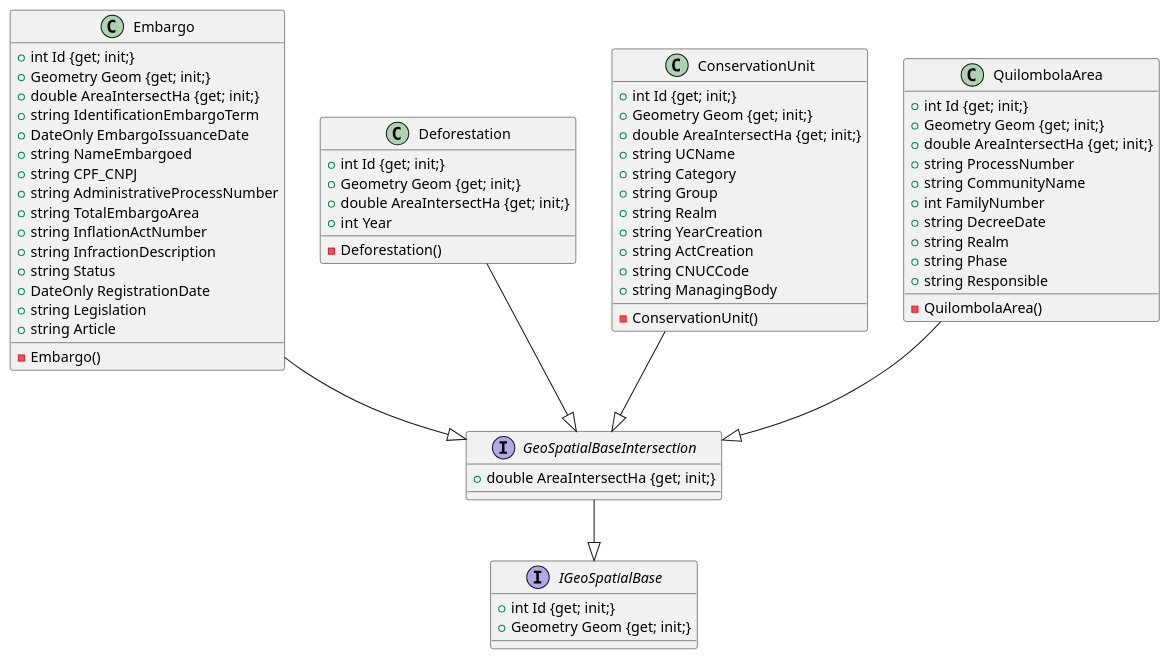
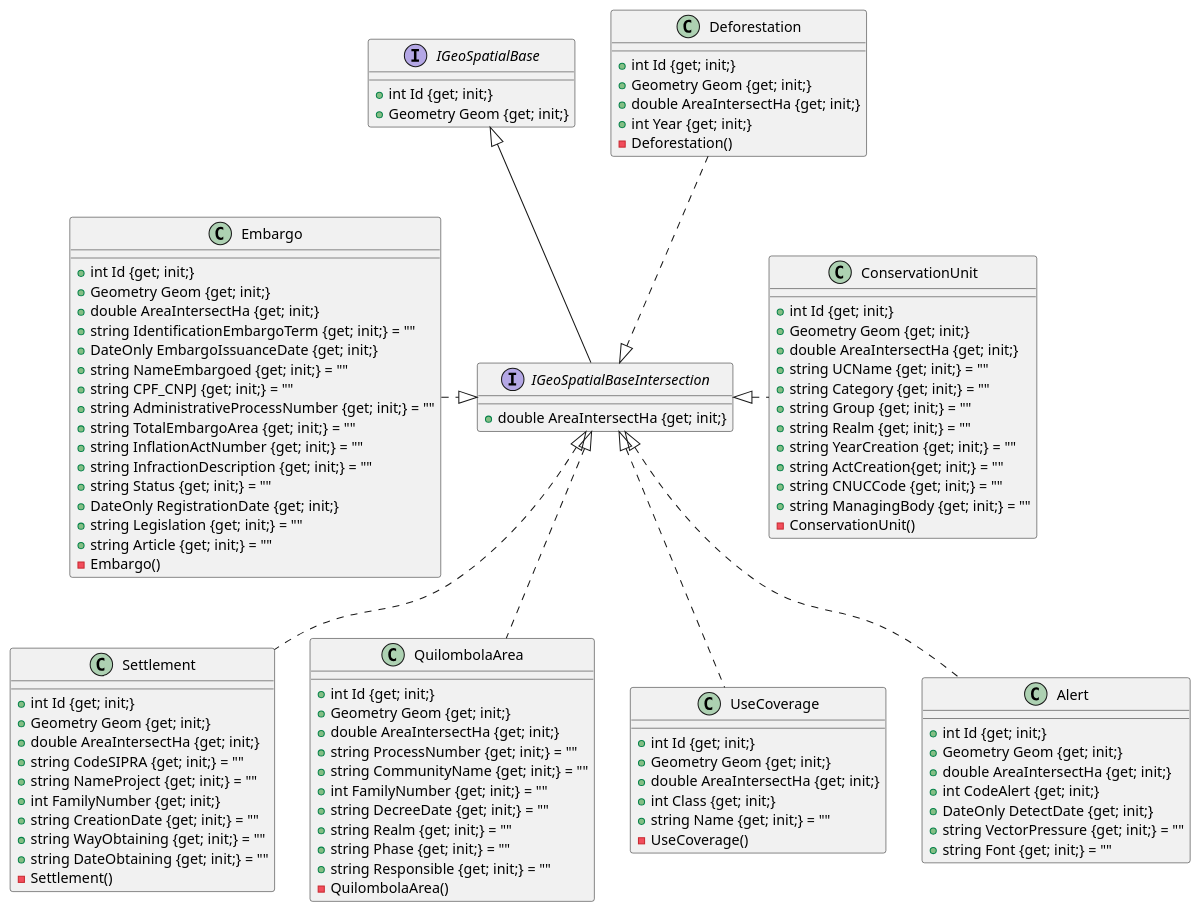
One commit to ruralgises/documentation changed the diagram in class-diagram/interserct-diagram.plantuml. Above: the diagram before and after it, drawn with PlantUML.

```diff
--- a/class-diagram/interserct-diagram.plantuml
+++ b/class-diagram/interserct-diagram.plantuml
@@ -1,74 +1,103 @@
 @startuml
 
 interface IGeoSpatialBase {
-    {field} +int Id {get; init;}
-    {field} +Geometry Geom {get; init;}
+    {method} +int Id {get; init;}
+    {method} +Geometry Geom {get; init;}
 }
 
-interface GeoSpatialBaseIntersection {
-    {field} +double AreaIntersectHa {get; init;}
-}
-
-class Embargo {
-    {field} +int Id {get; init;}
-    {field} +Geometry Geom {get; init;}
-    {field} +double AreaIntersectHa {get; init;}
-    {field} +string IdentificationEmbargoTerm
-    {field} +DateOnly EmbargoIssuanceDate
-    {field} +string NameEmbargoed
-    {field} +string CPF_CNPJ
-    {field} +string AdministrativeProcessNumber
-    {field} +string TotalEmbargoArea
-    {field} +string InflationActNumber
-    {field} +string InfractionDescription
-    {field} +string Status
-    {field} +DateOnly RegistrationDate
-    {field} +string Legislation
-    {field} +string Article
-    {method} -Embargo()
+interface IGeoSpatialBaseIntersection extends IGeoSpatialBase {
+    {method} +double AreaIntersectHa {get; init;}
 }
 
 class Deforestation {
-    {field} +int Id {get; init;}
-    {field} +Geometry Geom {get; init;}
-    {field} +double AreaIntersectHa {get; init;}
-    {field} +int Year
+    {method} +int Id {get; init;}
+    {method} +Geometry Geom {get; init;}
+    {method} +double AreaIntersectHa {get; init;}
+    {method} +int Year {get; init;}
     {method} -Deforestation()
 }
 
-class ConservationUnit {
-    {field} +int Id {get; init;}
-    {field} +Geometry Geom {get; init;}
-    {field} +double AreaIntersectHa {get; init;}
-    {field} +string UCName
-    {field} +string Category
-    {field} +string Group
-    {field} +string Realm
-    {field} +string YearCreation
-    {field} +string ActCreation
-    {field} +string CNUCCode
-    {field} +string ManagingBody
+class Settlement implements IGeoSpatialBaseIntersection {
+    {method} +int Id {get; init;}
+    {method} +Geometry Geom {get; init;}
+    {method} +double AreaIntersectHa {get; init;}
+    {method} +string CodeSIPRA {get; init;} = ""
+    {method} +string NameProject {get; init;} = ""
+    {method} +int FamilyNumber {get; init;}
+    {method} +string CreationDate {get; init;} = ""
+    {method} +string WayObtaining {get; init;} = ""
+    {method} +string DateObtaining {get; init;} = ""
+    -Settlement()
+}
+
+class ConservationUnit{
+    {method} +int Id {get; init;}
+    {method} +Geometry Geom {get; init;}
+    {method} +double AreaIntersectHa {get; init;}
+    {method} +string UCName {get; init;} = ""
+    {method} +string Category {get; init;} = ""
+    {method} +string Group {get; init;} = ""
+    {method} +string Realm {get; init;} = ""
+    {method} +string YearCreation {get; init;} = ""
+    {method} +string ActCreation{get; init;} = ""
+    {method} +string CNUCCode {get; init;} = ""
+    {method} +string ManagingBody {get; init;} = ""
     {method} -ConservationUnit()
 }
 
-class QuilombolaArea {
-    {field} +int Id {get; init;}
-    {field} +Geometry Geom {get; init;}
-    {field} +double AreaIntersectHa {get; init;}
-    {field} +string ProcessNumber
-    {field} +string CommunityName
-    {field} +int FamilyNumber
-    {field} +string DecreeDate
-    {field} +string Realm
-    {field} +string Phase
-    {field} +string Responsible
+class QuilombolaArea implements IGeoSpatialBaseIntersection{
+    {method} +int Id {get; init;}
+    {method} +Geometry Geom {get; init;}
+    {method} +double AreaIntersectHa {get; init;}
+    {method} +string ProcessNumber {get; init;} = ""
+    {method} +string CommunityName {get; init;} = ""
+    {method} +int FamilyNumber {get; init;} = ""
+    {method} +string DecreeDate {get; init;} = ""
+    {method} +string Realm {get; init;} = ""
+    {method} +string Phase {get; init;} = ""
+    {method} +string Responsible {get; init;} = ""
     {method} -QuilombolaArea()
 }
 
-GeoSpatialBaseIntersection --|> IGeoSpatialBase
-Embargo --|> GeoSpatialBaseIntersection
-Deforestation --|> GeoSpatialBaseIntersection
-ConservationUnit --|> GeoSpatialBaseIntersection
-QuilombolaArea --|> GeoSpatialBaseIntersection
+class UseCoverage implements IGeoSpatialBaseIntersection{
+    {method} +int Id {get; init;}
+    {method} +Geometry Geom {get; init;}
+    {method} +double AreaIntersectHa {get; init;}
+    {method} +int Class {get; init;}
+    {method} +string Name {get; init;} = ""
+    {method} -UseCoverage()
+}
 
+class Embargo{
+    {method} +int Id {get; init;}
+    {method} +Geometry Geom {get; init;}
+    {method} +double AreaIntersectHa {get; init;}
+    {method} +string IdentificationEmbargoTerm {get; init;} = ""
+    {method} +DateOnly EmbargoIssuanceDate {get; init;}
+    {method} +string NameEmbargoed {get; init;} = ""
+    {method} +string CPF_CNPJ {get; init;} = ""
+    {method} +string AdministrativeProcessNumber {get; init;} = ""
+    {method} +string TotalEmbargoArea {get; init;} = ""
+    {method} +string InflationActNumber {get; init;} = ""
+    {method} +string InfractionDescription {get; init;} = ""
+    {method} +string Status {get; init;} = ""
+    {method} +DateOnly RegistrationDate {get; init;}
+    {method} +string Legislation {get; init;} = ""
+    {method} +string Article {get; init;} = ""
+    -Embargo()
+}
+
+class Alert implements IGeoSpatialBaseIntersection{
+    {method} +int Id {get; init;}
+    {method} +Geometry Geom {get; init;}
+    {method} +double AreaIntersectHa {get; init;}
+    {method} +int CodeAlert {get; init;}
+    {method} +DateOnly DetectDate {get; init;}
+    {method} +string VectorPressure {get; init;} = ""
+    {method} +string Font {get; init;} = ""
+}
+
+Embargo ..right|> IGeoSpatialBaseIntersection 
+Deforestation ..down|> IGeoSpatialBaseIntersection
+ConservationUnit ..left|> IGeoSpatialBaseIntersection
 @enduml
```
